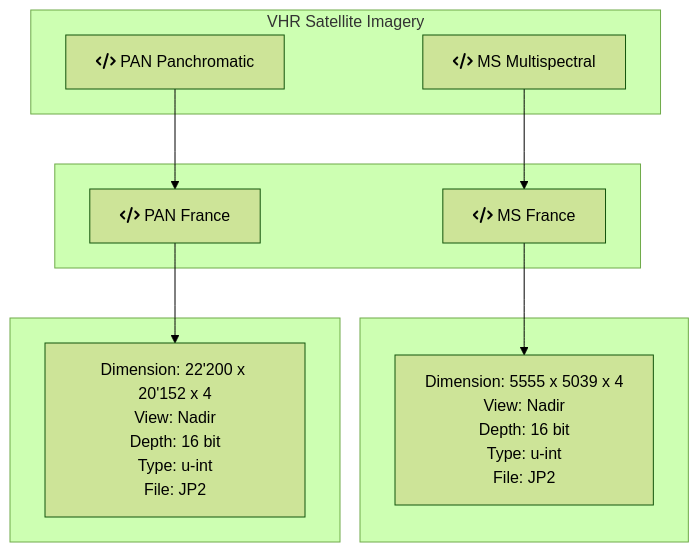
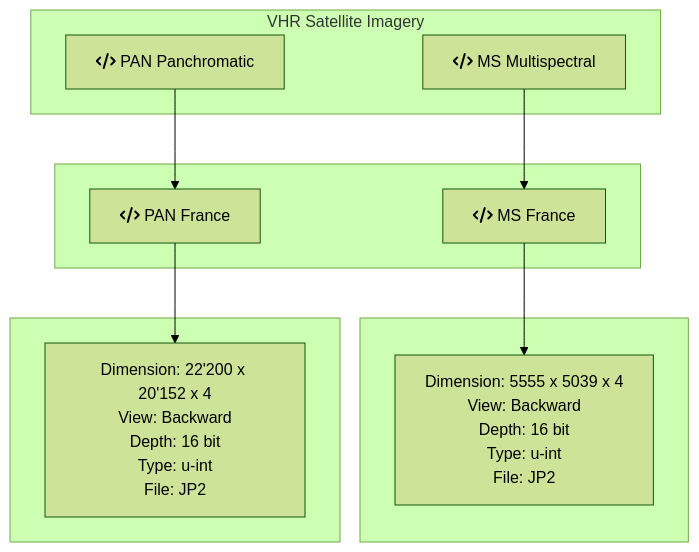
One commit to DippoldEJ/Satellite-Datasets changed the diagram in Pleiades/README.md. Above: the diagram before and after it, drawn with Mermaid (forest theme).

````diff
--- a/Pleiades/README.md
+++ b/Pleiades/README.md
@@ -7,37 +7,37 @@
 ```mermaid
 flowchart TD;
 
 subgraph VHR Satellite Imagery
     a[fa:fa-code MS Multispectral]
     b[fa:fa-code PAN Panchromatic]
     end
 
 subgraph  
     c[fa:fa-code MS France]
     d[fa:fa-code PAN France]
 
     end
 
 subgraph  
     f["`Dimension: 5555 x 5039 x 4
-    View: Nadir
+    View: Backward 
     Depth: 16 bit
     Type: u-int
     File: JP2`"]
 end
 
 subgraph  
     g["`Dimension: 22'200 x 20'152 x 4
-    View: Nadir
+    View: Backward
     Depth: 16 bit
     Type: u-int
     File: JP2`"]
 end
 
 c --> f
 a --> c
 b --> d
 
 d --> g
 
 ```
````
